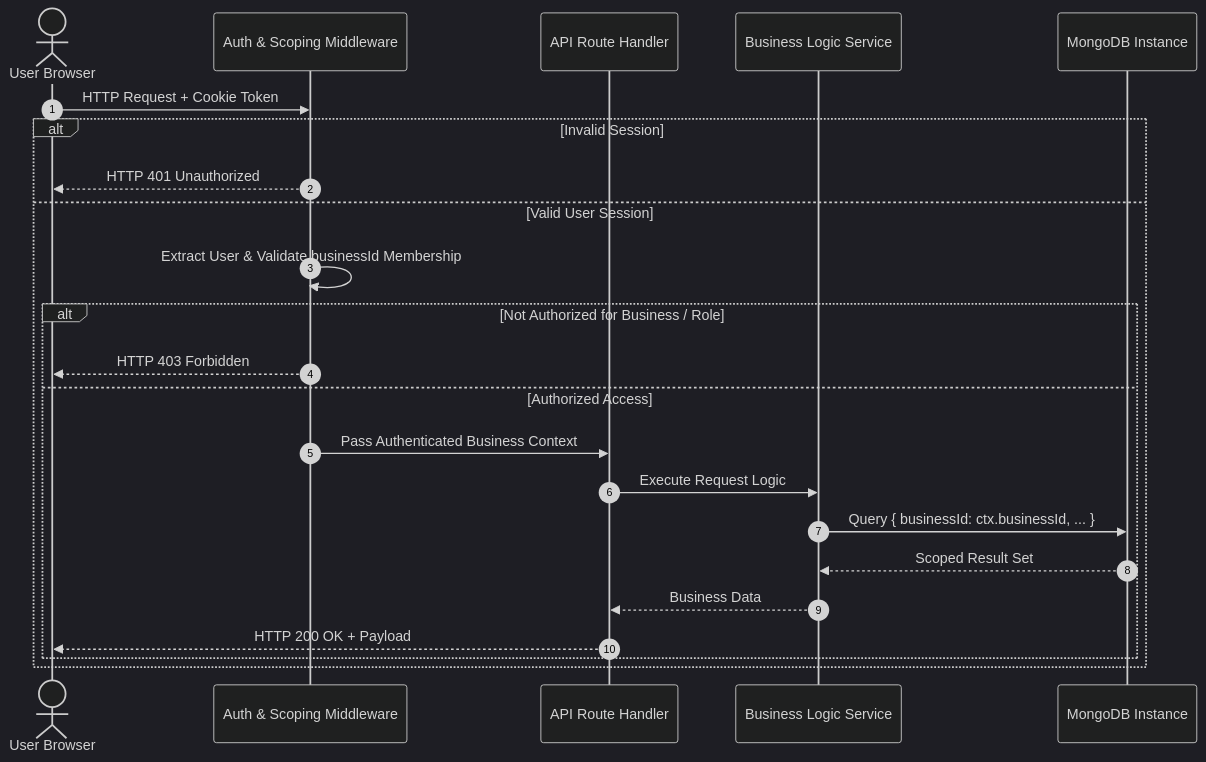
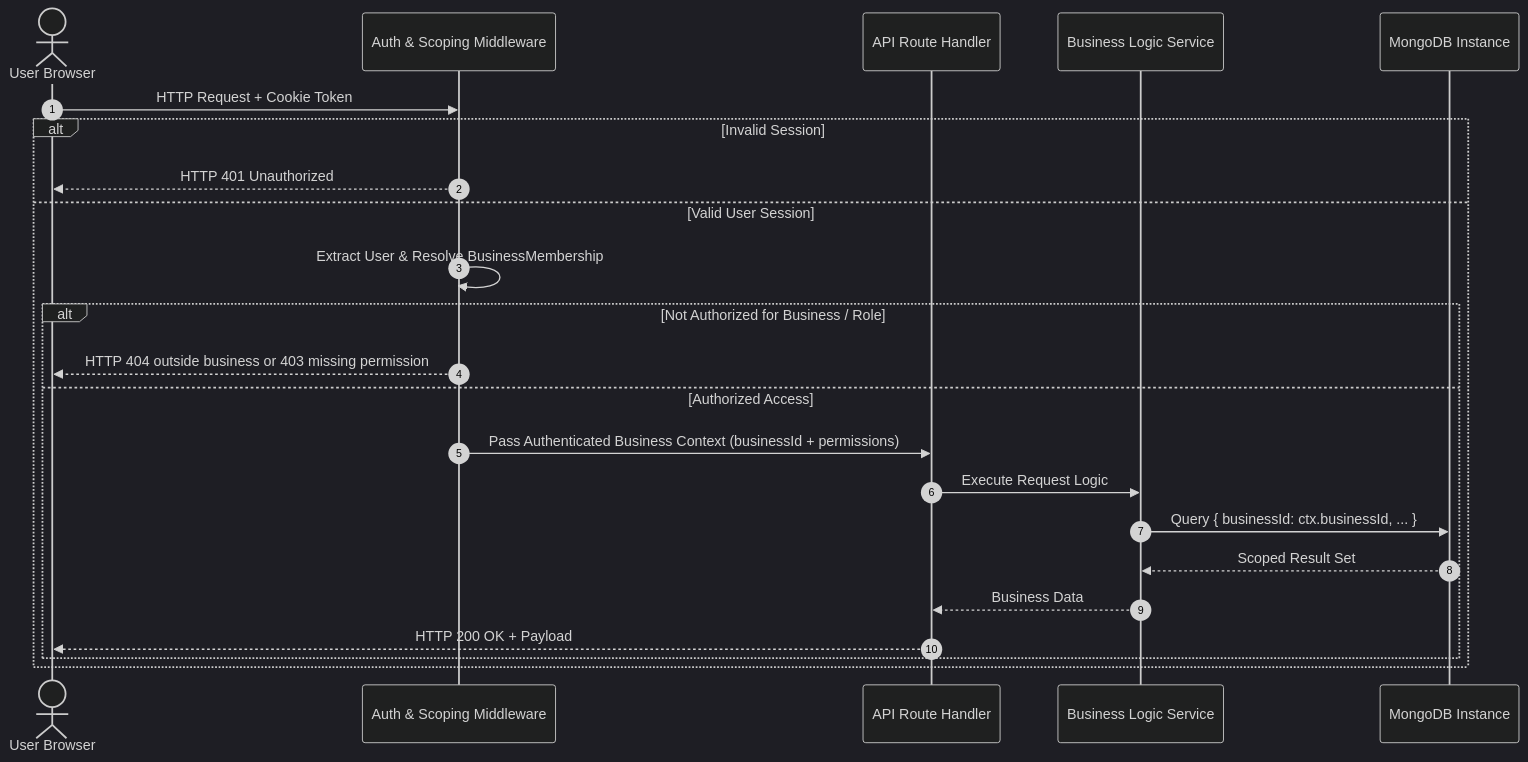
One commit to salih-x-tech/bizflow changed the sixth of 7 diagrams in PROJECT.md. Above: the diagram before and after it, drawn with Mermaid (dark theme). The commit also changed other lines of this file, not shown here.

````diff
--- a/PROJECT.md
+++ b/PROJECT.md
@@ -352,26 +826,27 @@
 ```mermaid
 sequenceDiagram
     autonumber
     actor Client as User Browser
     participant Middleware as Auth & Scoping Middleware
     participant Controller as API Route Handler
     participant Service as Business Logic Service
     participant DB as MongoDB Instance
 
     Client->>Middleware: HTTP Request + Cookie Token
     alt Invalid Session
         Middleware-->>Client: HTTP 401 Unauthorized
     else Valid User Session
-        Middleware->>Middleware: Extract User & Validate businessId Membership
+        Middleware->>Middleware: Extract User & Resolve BusinessMembership
         alt Not Authorized for Business / Role
-            Middleware-->>Client: HTTP 403 Forbidden
+            Middleware-->>Client: HTTP 404 outside business or 403 missing permission
         else Authorized Access
-            Middleware->>Controller: Pass Authenticated Business Context
+            Middleware->>Controller: Pass Authenticated Business Context (businessId + permissions)
             Controller->>Service: Execute Request Logic
             Service->>DB: Query { businessId: ctx.businessId, ... }
             DB-->>Service: Scoped Result Set
             Service-->>Controller: Business Data
             Controller-->>Client: HTTP 200 OK + Payload
         end
     end
+
 ```
````
